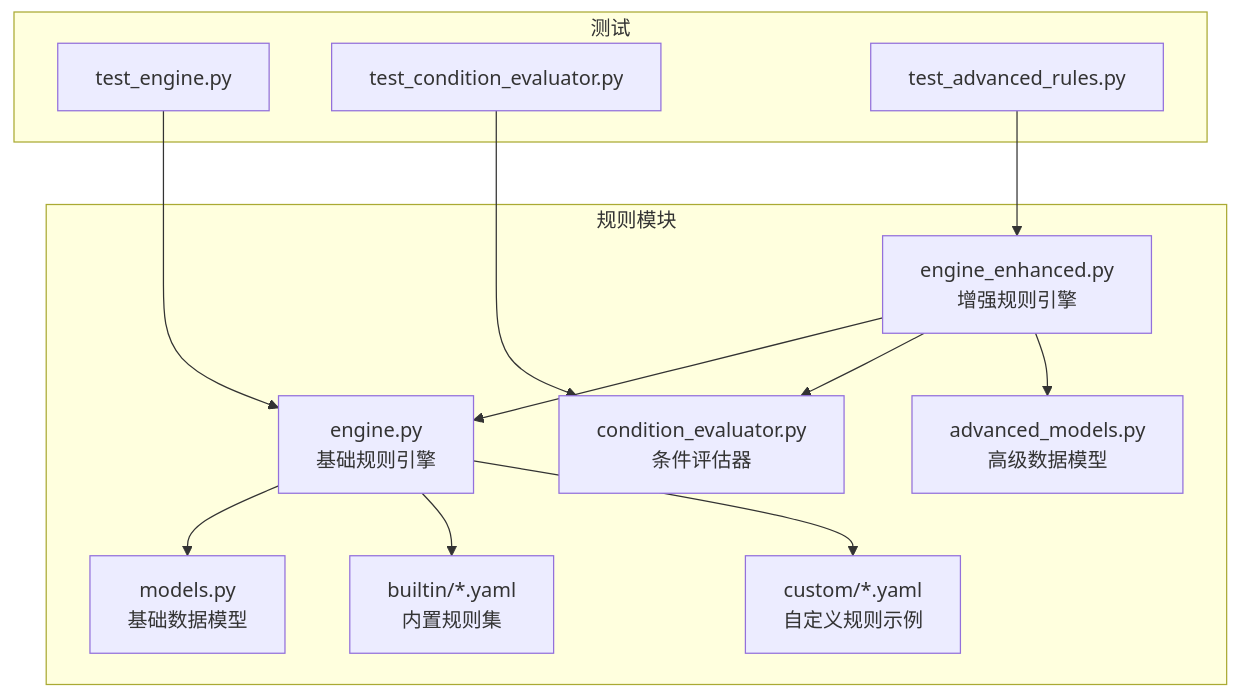
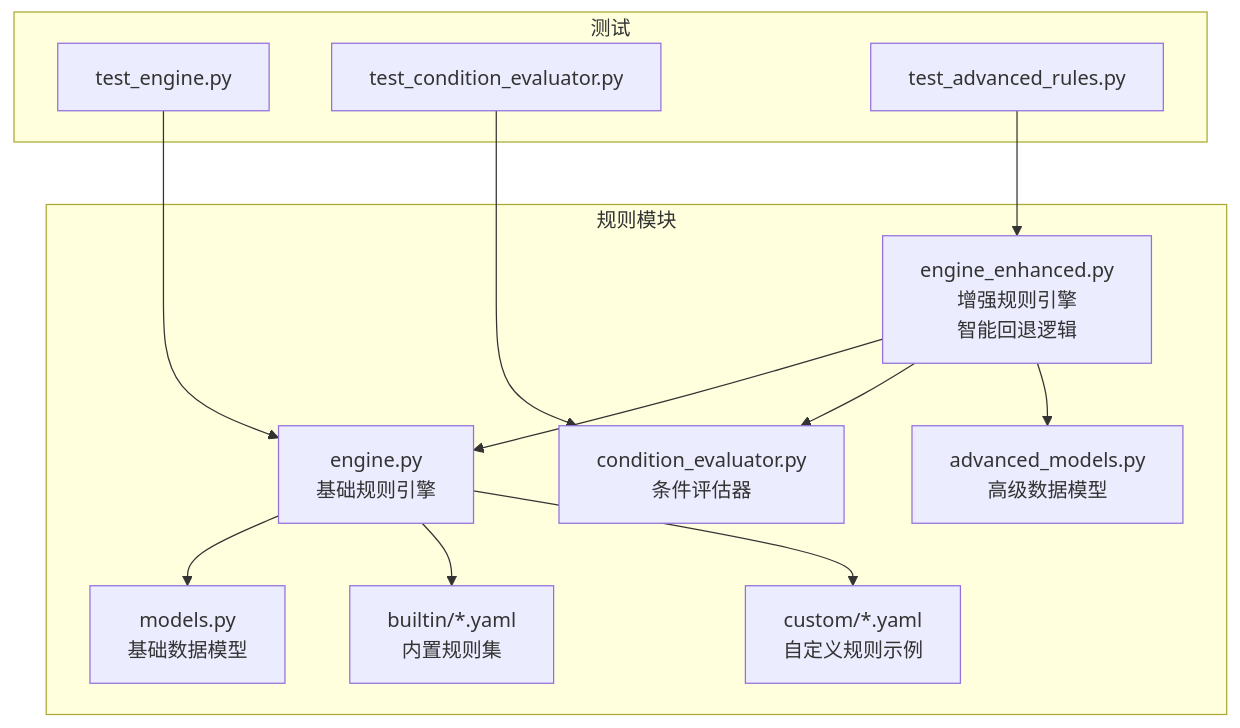
One commit to boyingliu01/fault-review-analyzer changed the first of 6 diagrams in .qoder/repowiki/zh/content/规则引擎系统/规则执行引擎/规则执行引擎.md. Above: the diagram before and after it, drawn with Mermaid. The commit also changed other lines of this file and 125 other files, not shown here.

````diff
--- a/.qoder/repowiki/zh/content/规则引擎系统/规则执行引擎/规则执行引擎.md
+++ b/.qoder/repowiki/zh/content/规则引擎系统/规则执行引擎/规则执行引擎.md
@@ -44,26 +51,26 @@
 ```mermaid
 graph TB
 subgraph "规则模块"
 A["engine.py<br/>基础规则引擎"]
-B["engine_enhanced.py<br/>增强规则引擎"]
+B["engine_enhanced.py<br/>增强规则引擎<br/>智能回退逻辑"]
 C["condition_evaluator.py<br/>条件评估器"]
 D["models.py<br/>基础数据模型"]
 E["advanced_models.py<br/>高级数据模型"]
 F["builtin/*.yaml<br/>内置规则集"]
 G["custom/*.yaml<br/>自定义规则示例"]
 end
 subgraph "测试"
 T1["test_engine.py"]
 T2["test_condition_evaluator.py"]
 T3["test_advanced_rules.py"]
 end
 A --> D
 B --> A
 B --> C
 B --> E
 A --> F
 A --> G
 T1 --> A
 T2 --> C
 T3 --> B
 ```
````
